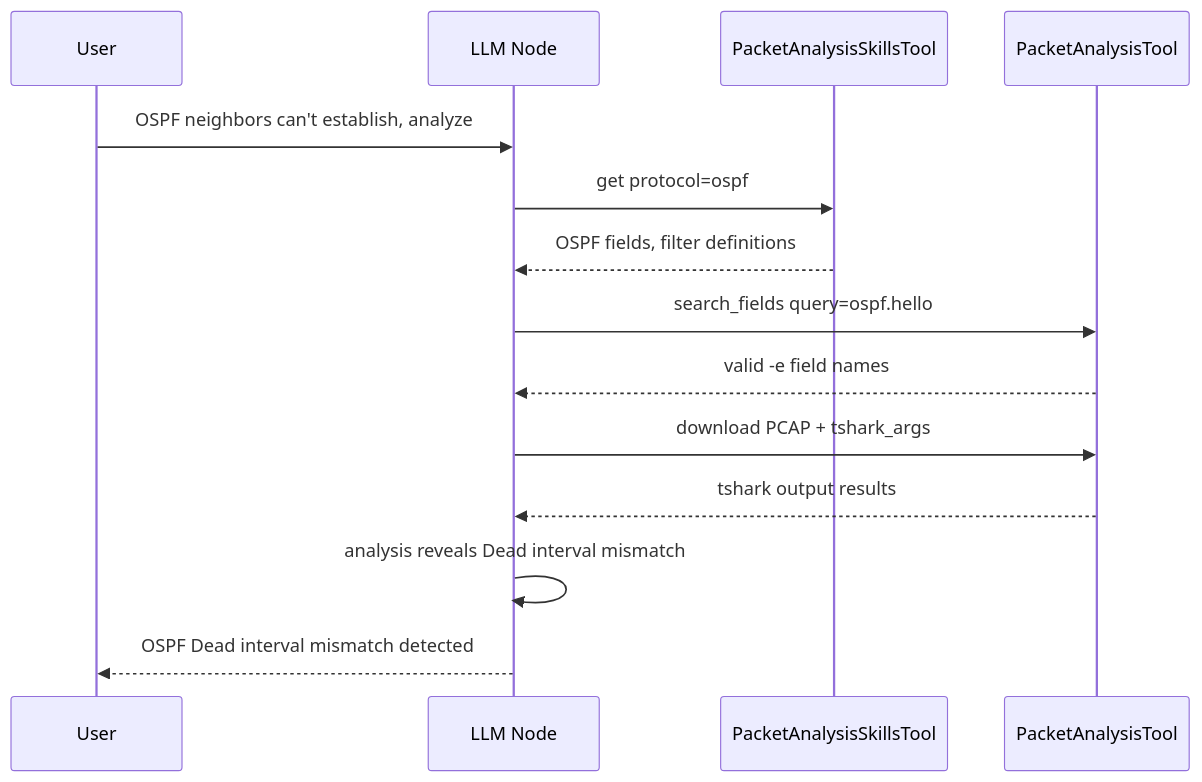
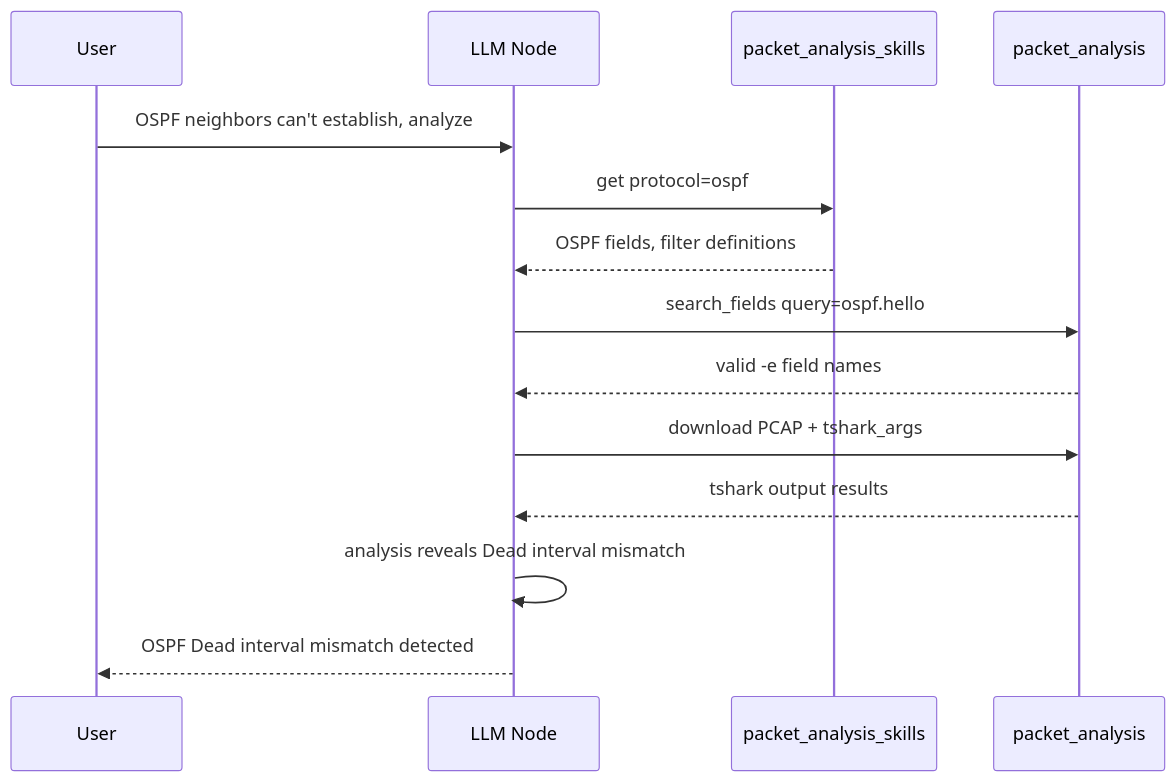
Before and after one commit to GNS3/gns3-server: the second of 2 diagrams in docs/gns3-copilot/implemented/packet-analysis-overview.en.md, drawn with Mermaid. The commit also changed other lines of this file and 33 other files, not shown here.

````diff
--- a/docs/gns3-copilot/implemented/packet-analysis-overview.en.md
+++ b/docs/gns3-copilot/implemented/packet-analysis-overview.en.md
@@ -41,17 +41,17 @@
 ```mermaid
 sequenceDiagram
     participant U as User
     participant LLM as LLM Node
-    participant Skills as PacketAnalysisSkillsTool
-    participant Pcap as PacketAnalysisTool
+    participant Skills as packet_analysis_skills
+    participant Pcap as packet_analysis
 
     U->>LLM: OSPF neighbors can't establish, analyze
     LLM->>Skills: get protocol=ospf
     Skills-->>LLM: OSPF fields, filter definitions
     LLM->>Pcap: search_fields query=ospf.hello
     Pcap-->>LLM: valid -e field names
     LLM->>Pcap: download PCAP + tshark_args
     Pcap-->>LLM: tshark output results
     LLM->>LLM: analysis reveals Dead interval mismatch
     LLM-->>U: OSPF Dead interval mismatch detected
 ```
````
